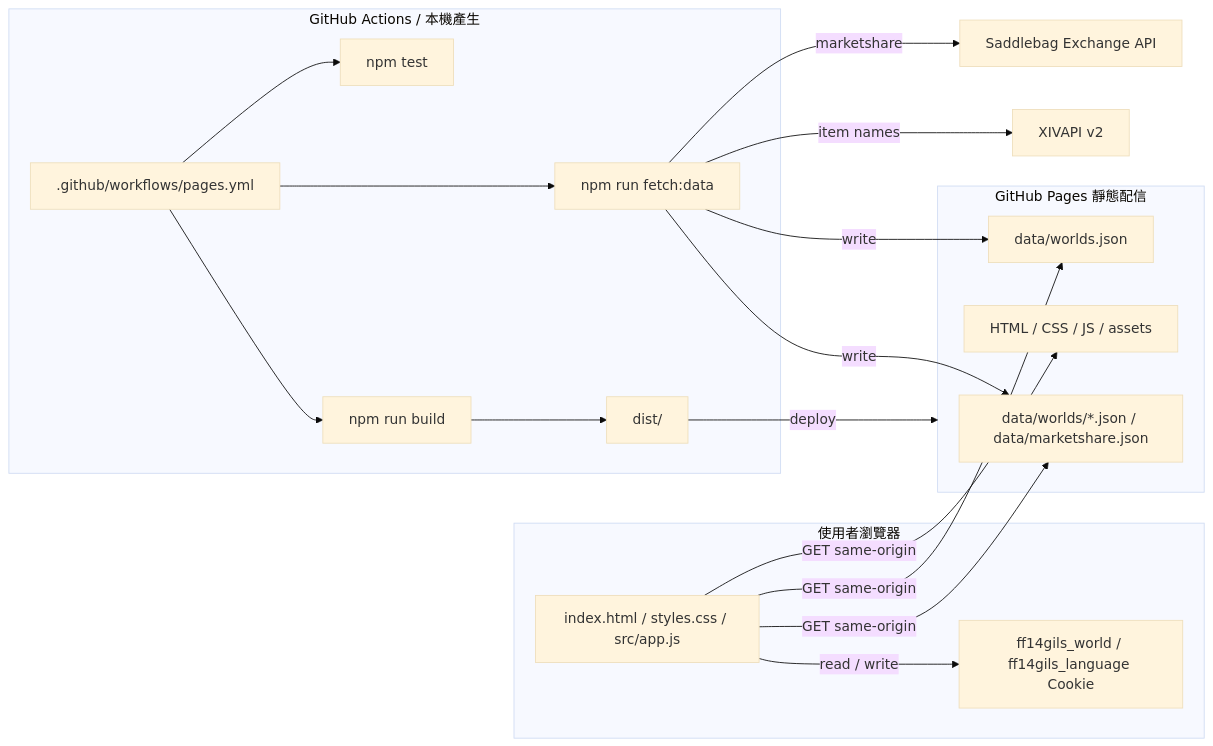
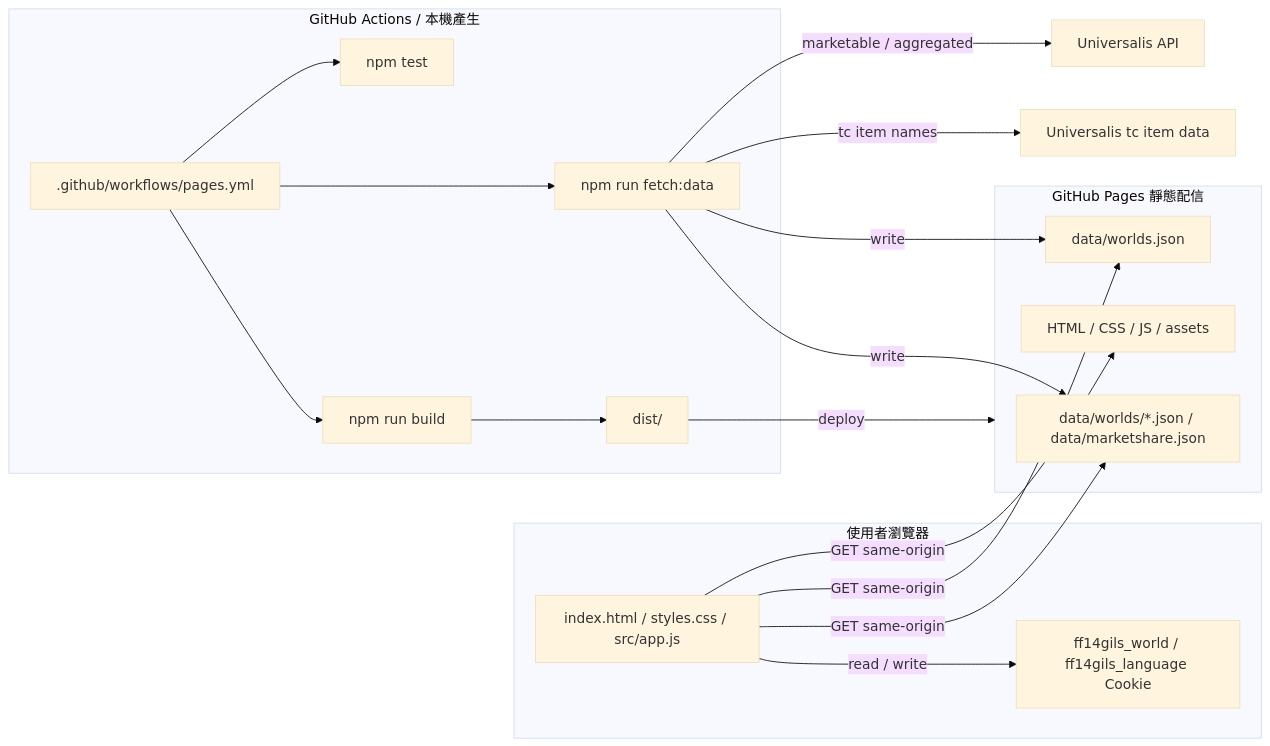
The diagram in README.md (aki-terminal-leaf/FF14Gils), drawn with Mermaid (base theme) before and after one commit. The commit also changed other lines of this file and 272 other files, not shown here.

````diff
--- a/README.md
+++ b/README.md
@@ -26,39 +26,39 @@
 ```mermaid
 flowchart LR
   subgraph Browser["使用者瀏覽器"]
     Ui["index.html / styles.css / src/app.js"]
     Cookie["ff14gils_world / ff14gils_language Cookie"]
   end
 
   subgraph Pages["GitHub Pages 靜態配信"]
     Static["HTML / CSS / JS / assets"]
     WorldIndex["data/worlds.json"]
     Snapshots["data/worlds/*.json / data/marketshare.json"]
   end
 
   subgraph Pipeline["GitHub Actions / 本機產生"]
     Workflow[".github/workflows/pages.yml"]
     Tests["npm test"]
     FetchData["npm run fetch:data"]
     Build["npm run build"]
     Dist["dist/"]
   end
 
-  Saddlebag["Saddlebag Exchange API"]
-  Xivapi["XIVAPI v2"]
+  UniversalisApi["Universalis API"]
+  UniversalisItemData["Universalis tc item data"]
 
   Ui -->|"GET same-origin"| Static
   Ui -->|"GET same-origin"| WorldIndex
   Ui -->|"GET same-origin"| Snapshots
   Ui -->|"read / write"| Cookie
 
   Workflow --> Tests
   Workflow --> FetchData
   Workflow --> Build
-  FetchData -->|"marketshare"| Saddlebag
-  FetchData -->|"item names"| Xivapi
+  FetchData -->|"marketable / aggregated"| UniversalisApi
+  FetchData -->|"tc item names"| UniversalisItemData
   FetchData -->|"write"| WorldIndex
   FetchData -->|"write"| Snapshots
   Build --> Dist
   Dist -->|"deploy"| Pages
 ```
````
